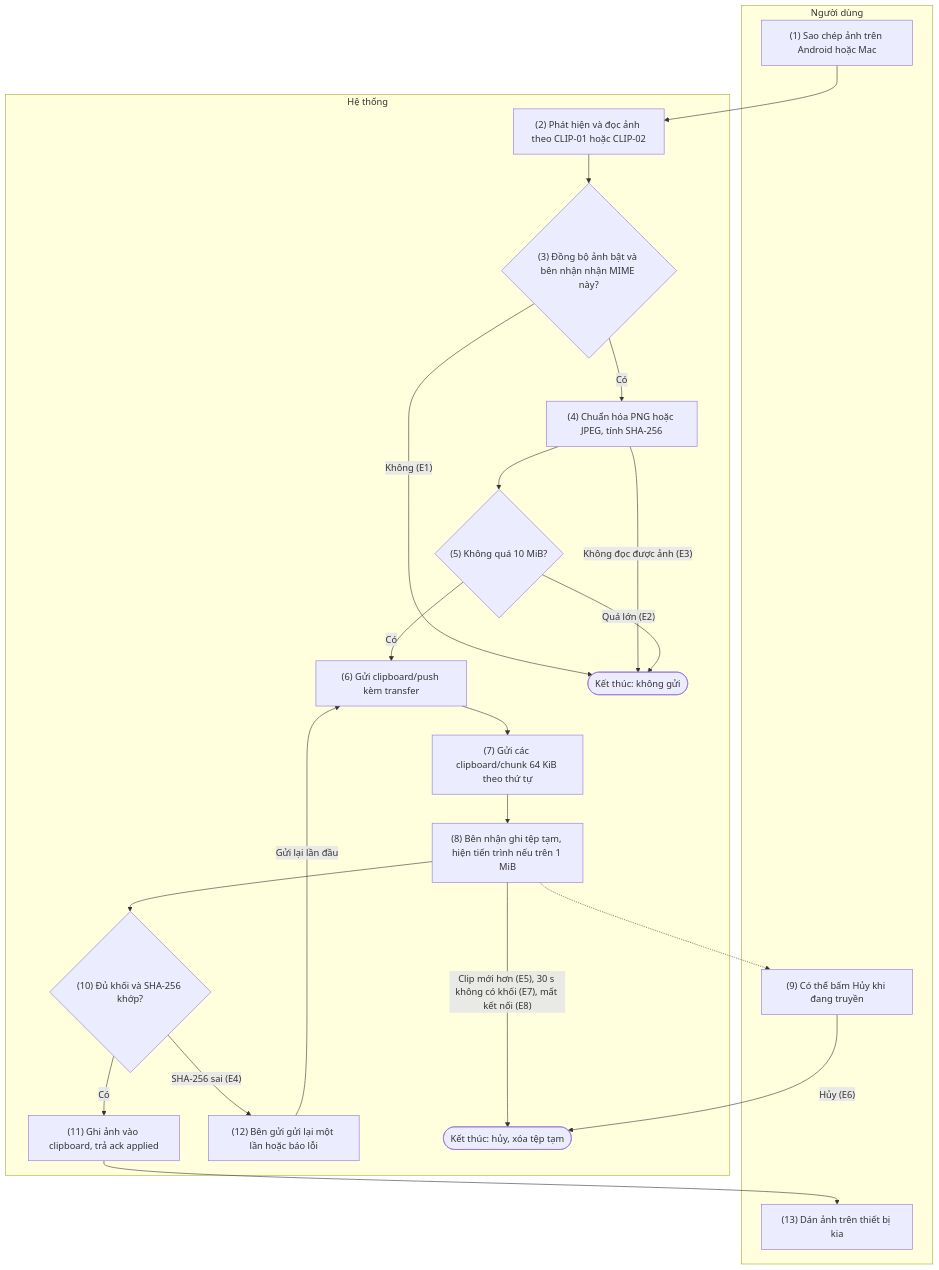
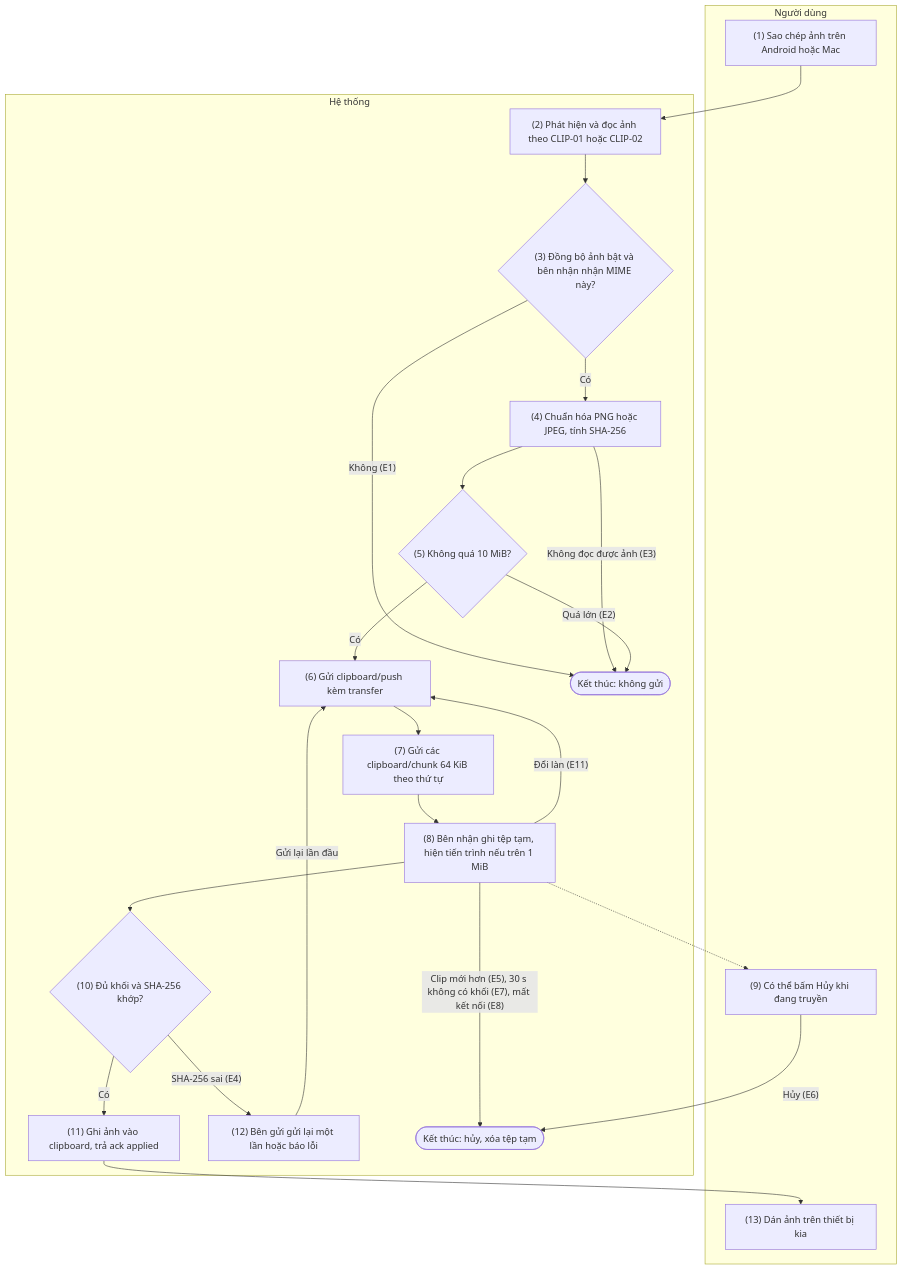
One commit to HandLive/handlive changed the third of 5 diagrams in docs/detailed-design/04-clipboard.vi.md. Above: the diagram before and after it, drawn with Mermaid. The commit also changed other lines of this file and 32 other files, not shown here.

````diff
--- a/docs/detailed-design/04-clipboard.vi.md
+++ b/docs/detailed-design/04-clipboard.vi.md
@@ -859,35 +860,36 @@
 ```mermaid
 flowchart TB
   subgraph ND["Người dùng"]
     U1["(1) Sao chép ảnh trên Android hoặc Mac"]
     U9["(9) Có thể bấm Hủy khi đang truyền"]
     U13["(13) Dán ảnh trên thiết bị kia"]
   end
   subgraph HT["Hệ thống"]
     S2["(2) Phát hiện và đọc ảnh theo CLIP-01 hoặc CLIP-02"]
     D3{"(3) Đồng bộ ảnh bật và bên nhận nhận MIME này?"}
     S4["(4) Chuẩn hóa PNG hoặc JPEG, tính SHA-256"]
     D5{"(5) Không quá 10 MiB?"}
     S6["(6) Gửi clipboard/push kèm transfer"]
     S7["(7) Gửi các clipboard/chunk 64 KiB theo thứ tự"]
     S8["(8) Bên nhận ghi tệp tạm, hiện tiến trình nếu trên 1 MiB"]
     D10{"(10) Đủ khối và SHA-256 khớp?"}
     S11["(11) Ghi ảnh vào clipboard, trả ack applied"]
     S12["(12) Bên gửi gửi lại một lần hoặc báo lỗi"]
     X1(["Kết thúc: không gửi"])
     X2(["Kết thúc: hủy, xóa tệp tạm"])
   end
   U1 --> S2 --> D3
   D3 -- "Không (E1)" --> X1
   D3 -- "Có" --> S4
   S4 -- "Không đọc được ảnh (E3)" --> X1
   S4 --> D5
   D5 -- "Quá lớn (E2)" --> X1
   D5 -- "Có" --> S6 --> S7 --> S8 --> D10
   S8 -.-> U9
   U9 -- "Hủy (E6)" --> X2
   S8 -- "Clip mới hơn (E5), 30 s không có khối (E7), mất kết nối (E8)" --> X2
+  S8 -- "Đổi làn (E11)" --> S6
   D10 -- "Có" --> S11 --> U13
   D10 -- "SHA-256 sai (E4)" --> S12
   S12 -- "Gửi lại lần đầu" --> S6
 ```
````
